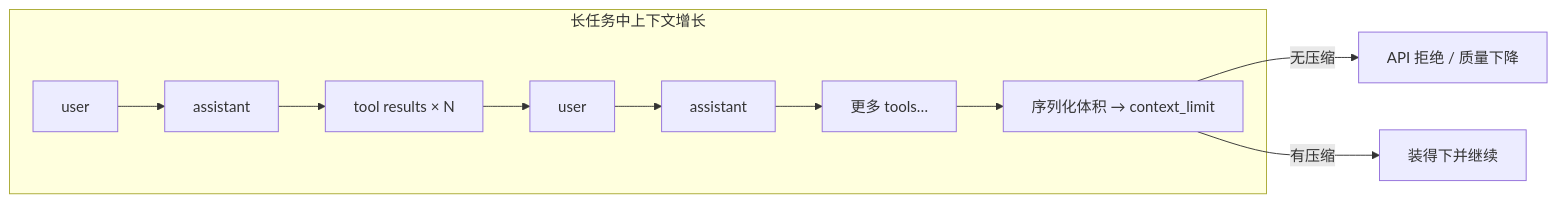
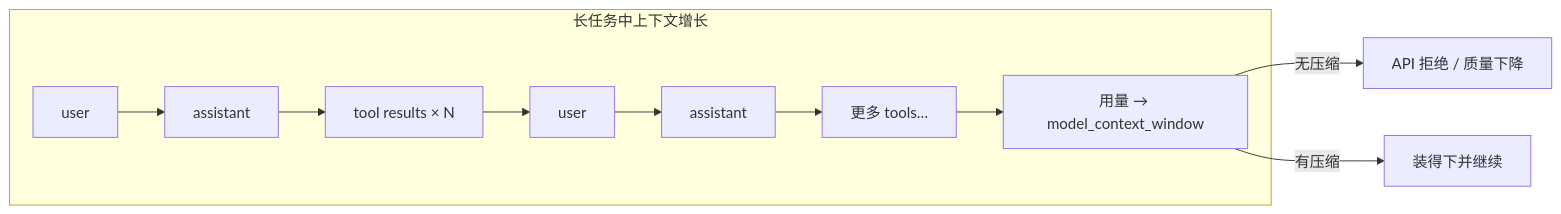
Before and after one commit to rust-infra/tact: the first of 14 diagrams in book/05_chapter_compact_zh.md, drawn with Mermaid. The commit also changed other lines of this file and 9 other files, not shown here.

First line of the commit message:
docs: document model_context_window and context usage meter

````diff
--- a/book/05_chapter_compact_zh.md
+++ b/book/05_chapter_compact_zh.md
@@ -21,13 +21,13 @@
 ```mermaid
 flowchart LR
     subgraph Growth["长任务中上下文增长"]
         U1[user] --> A1[assistant]
         A1 --> T1[tool results × N]
         T1 --> U2[user]
         U2 --> A2[assistant]
         A2 --> T2[更多 tools…]
-        T2 --> Huge["序列化体积 → context_limit"]
+        T2 --> Huge["用量 → model_context_window"]
     end
     Huge -->|无压缩| Fail[API 拒绝 / 质量下降]
     Huge -->|有压缩| Fit[装得下并继续]
 ```
````
